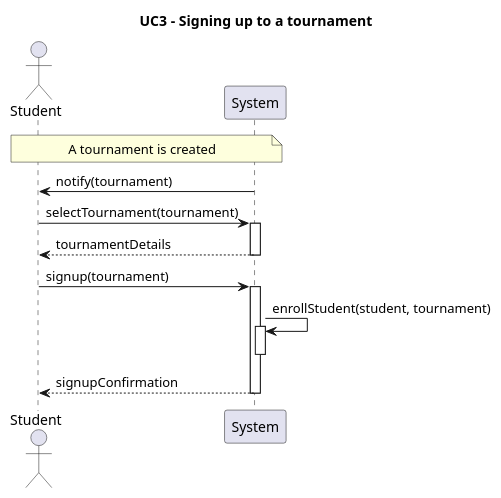
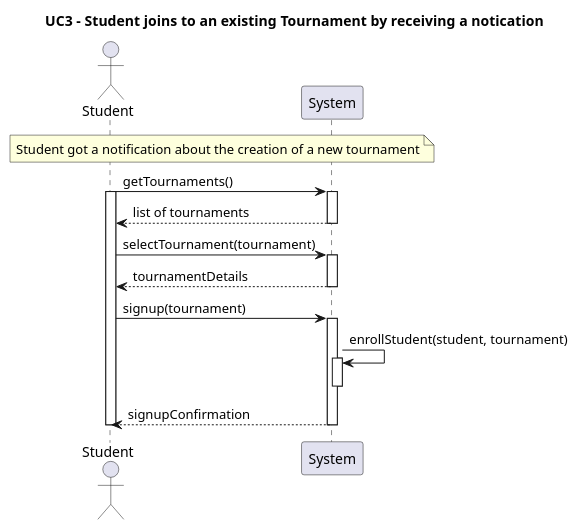
One commit to Furrrlo/CodeKataBattle changed the diagram in rasd/puml/UC3.puml. Above: the diagram before and after it, drawn with PlantUML. The commit also changed 8 other files, not shown here.

```diff
--- a/rasd/puml/UC3.puml
+++ b/rasd/puml/UC3.puml
@@ -1,17 +1,21 @@
 @startuml UC3
-title UC3 - Signing up to a tournament
+title UC3 - Student joins to an existing Tournament by receiving a notication      
 actor Student
 participant System
 
-note across: A tournament is created
+note across: Student got a notification about the creation of a new tournament
 
-Student <- System -- : notify(tournament)
+Student -> System ++: getTournaments()
+activate Student
+System --> Student--: list of tournaments
+
+
 
 Student -> System ++ : selectTournament(tournament)
 Student <-- System -- : tournamentDetails
 
 Student -> System ++ : signup(tournament)
 System -> System ++-- : enrollStudent(student, tournament)
 Student <-- System -- : signupConfirmation
-
+deactivate Student
 @enduml
```
